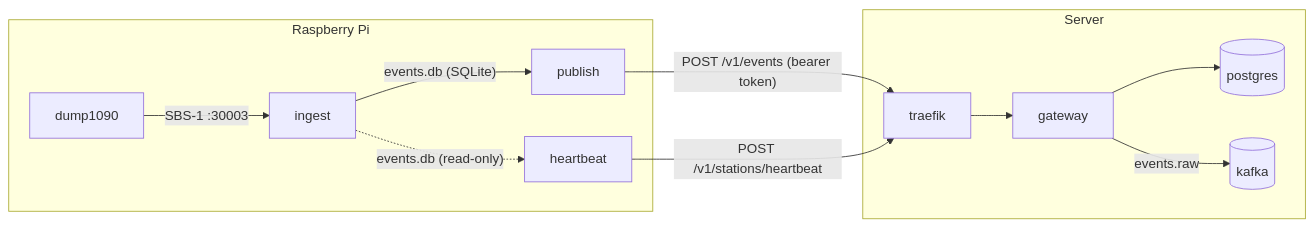
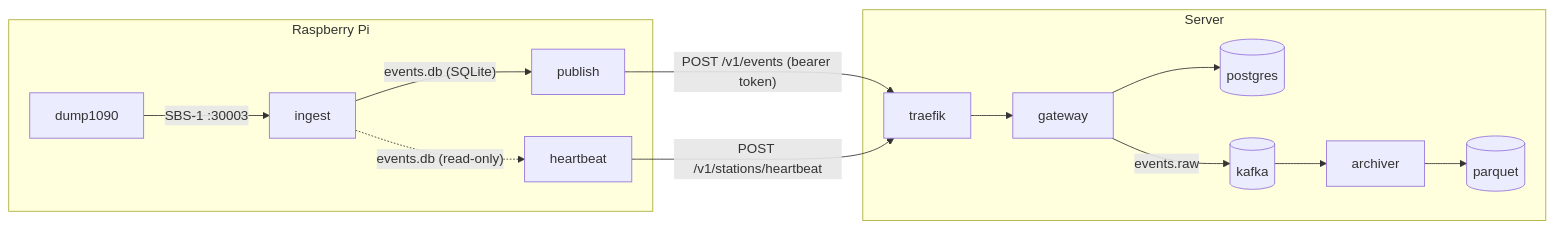
Before and after one commit to matthew-vance/listening-post: the diagram in README.md, drawn with Mermaid. The commit also changed other lines of this file and 16 other files, not shown here.

````diff
--- a/README.md
+++ b/README.md
@@ -7,15 +7,16 @@
 ```mermaid
 flowchart LR
     subgraph pi [Raspberry Pi]
         dump1090 -- "SBS-1 :30003" --> ingest
         ingest -- "events.db (SQLite)" --> publish
         ingest -. "events.db (read-only)" .-> heartbeat
     end
     subgraph server [Server]
         traefik --> gateway
         gateway --> postgres[(postgres)]
         gateway -- "events.raw" --> kafka[(kafka)]
+        kafka --> archiver --> archive[(parquet)]
     end
     publish -- "POST /v1/events (bearer token)" --> traefik
     heartbeat -- "POST /v1/stations/heartbeat" --> traefik
 ```
````
